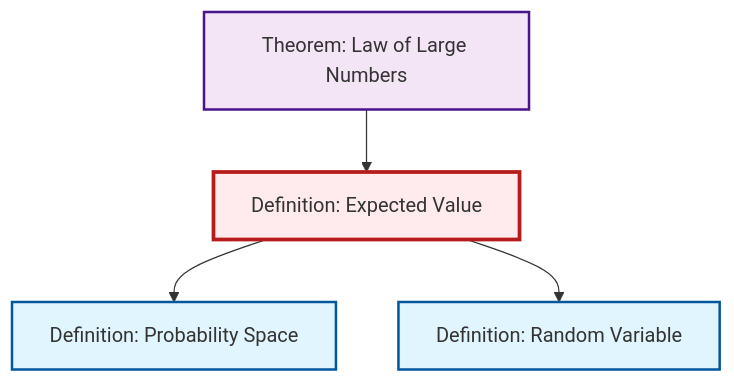
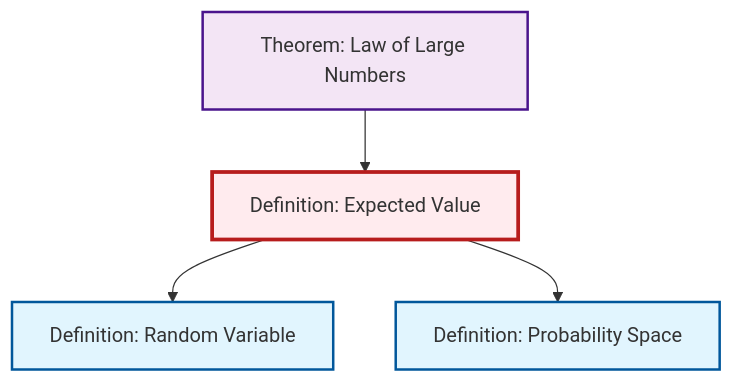
Before and after one commit to RK0429/ModernMath: the second of 2 diagrams in content/en/probability-statistics/def-expectation.qmd, drawn with Mermaid. The commit also changed other lines of this file and 203 other files, not shown here.

````diff
--- a/content/en/probability-statistics/def-expectation.qmd
+++ b/content/en/probability-statistics/def-expectation.qmd
@@ -79,21 +79,17 @@
 ```{mermaid}
 %%| fig-cap: "Local dependency graph"
 graph TD
     classDef definition fill:#e1f5fe,stroke:#01579b,stroke-width:2px
     classDef theorem fill:#f3e5f5,stroke:#4a148c,stroke-width:2px
     classDef axiom fill:#fff3e0,stroke:#e65100,stroke-width:2px
     classDef example fill:#e8f5e9,stroke:#1b5e20,stroke-width:2px
     classDef current fill:#ffebee,stroke:#b71c1c,stroke-width:3px
+    def-expectation["Definition: Expected Value"]:::definition
     thm-law-of-large-numbers["Theorem: Law of Large Numbers"]:::theorem
+    def-random-variable["Definition: Random Variable"]:::definition
     def-probability-space["Definition: Probability Space"]:::definition
-    def-random-variable["Definition: Random Variable"]:::definition
-    def-expectation["Definition: Expected Value"]:::definition
     thm-law-of-large-numbers --> def-expectation
+    def-expectation --> def-random-variable
     def-expectation --> def-probability-space
-    def-expectation --> def-random-variable
     class def-expectation current
-
-    click thm-law-of-large-numbers "thm-law-of-large-numbers.html" "Go to Law of Large Numbers theorem"
-    click def-probability-space "def-probability-space.html" "Go to Probability Space definition"
-    click def-random-variable "def-random-variable.html" "Go to Random Variable definition"
 ```
````
